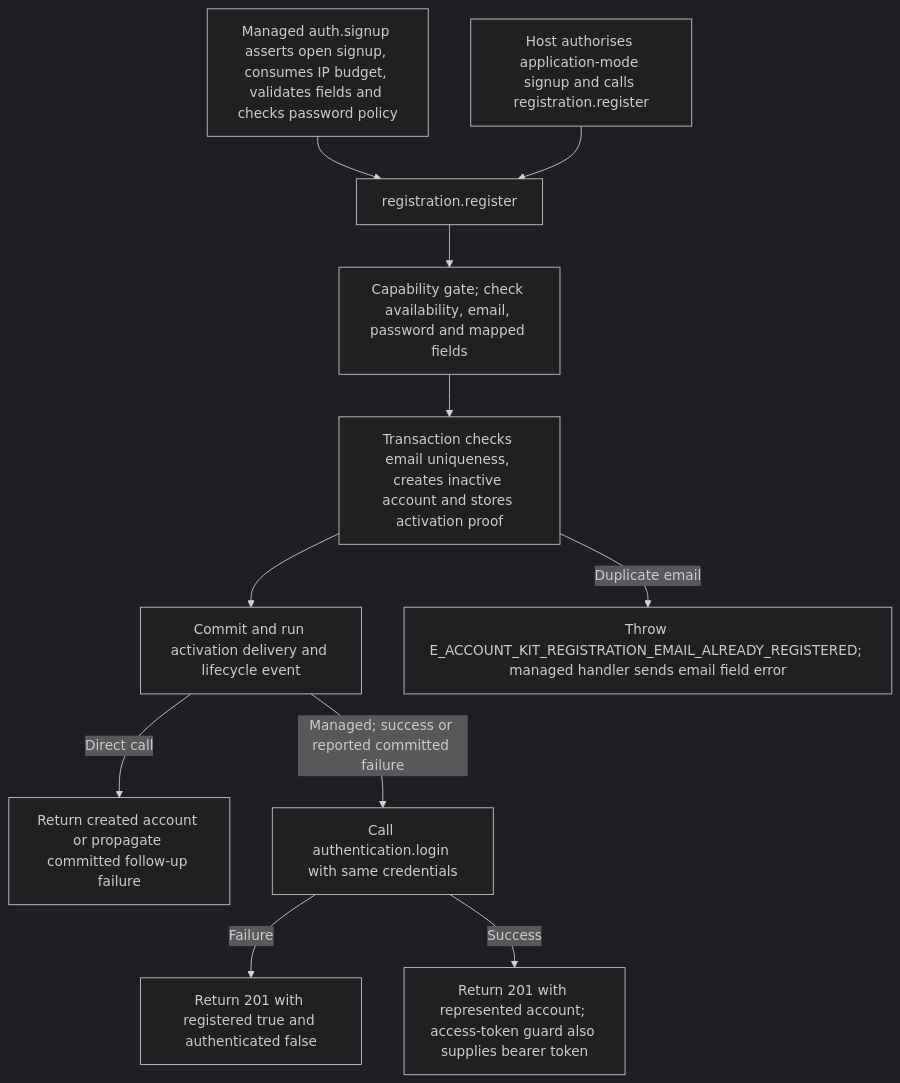
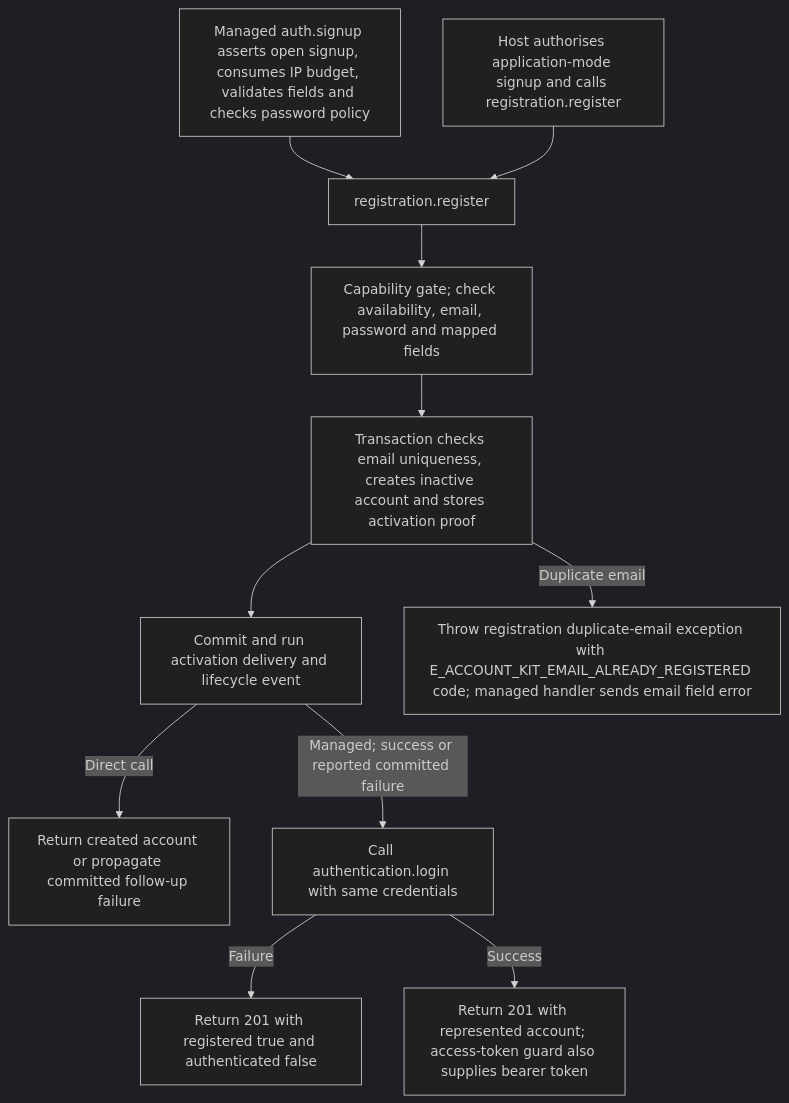
The second of 2 diagrams in user-stories/US-ACCOUNT-02-create-and-verify-account.md (Kevinjohn/oss-adonisjs-account-kit), drawn with Mermaid (dark theme) before and after one commit. The commit also changed other lines of this file and 42 other files, not shown here.

````diff
--- a/user-stories/US-ACCOUNT-02-create-and-verify-account.md
+++ b/user-stories/US-ACCOUNT-02-create-and-verify-account.md
@@ -30,13 +30,13 @@
 ```mermaid
 flowchart TD
   A["Managed auth.signup asserts open signup, consumes IP budget, validates fields and checks password policy"] --> B["registration.register"]
   H["Host authorises application-mode signup and calls registration.register"] --> B
   B --> C["Capability gate; check availability, email, password and mapped fields"]
   C --> D["Transaction checks email uniqueness, creates inactive account and stores activation proof"]
   D --> E["Commit and run activation delivery and lifecycle event"]
-  D -->|Duplicate email| DUP["Throw E_ACCOUNT_KIT_REGISTRATION_EMAIL_ALREADY_REGISTERED; managed handler sends email field error"]
+  D -->|Duplicate email| DUP["Throw registration duplicate-email exception with E_ACCOUNT_KIT_EMAIL_ALREADY_REGISTERED code; managed handler sends email field error"]
   E -->|Direct call| F["Return created account or propagate committed follow-up failure"]
   E -->|Managed; success or reported committed failure| G["Call authentication.login with same credentials"]
   G -->|Failure| NO["Return 201 with registered true and authenticated false"]
   G -->|Success| OK["Return 201 with represented account; access-token guard also supplies bearer token"]
 ```
````
